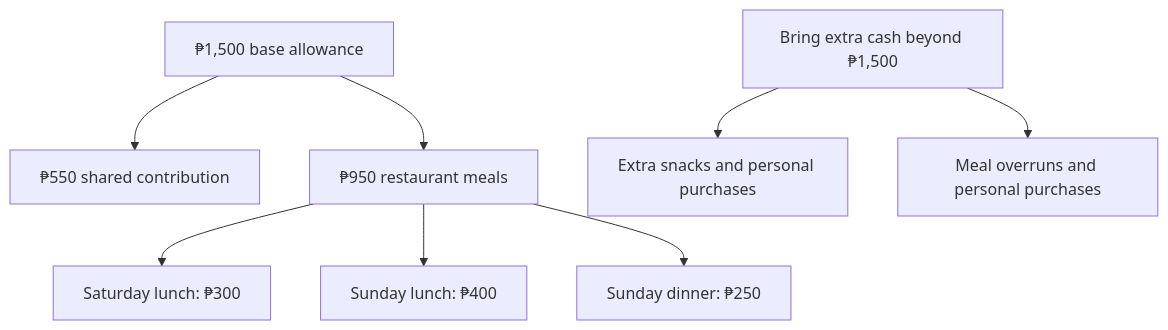
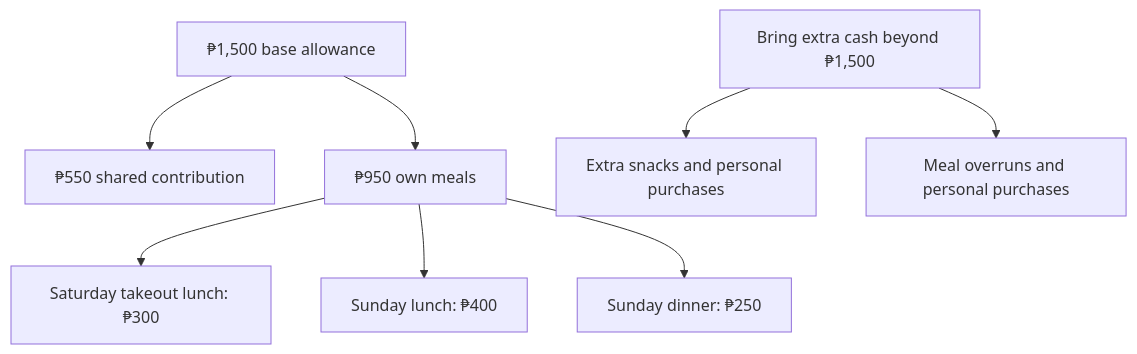
Before and after one commit to itsmcliam/Birthday-Plan: the diagram in assets/budget.mmd, drawn with Mermaid. The commit also changed 5 other files, not shown here.

Commit message:
Use tentative Soliven meetup, Saturday beach takeout and pending post-ATV rest stop

```diff
--- a/assets/budget.mmd
+++ b/assets/budget.mmd
@@ -1,8 +1,8 @@
 flowchart TD
     A["₱1,500 base allowance"] --> B["₱550 shared contribution"]
-    A --> C["₱950 restaurant meals"]
-    C --> D["Saturday lunch: ₱300"]
+    A --> C["₱950 own meals"]
+    C --> D["Saturday takeout lunch: ₱300"]
     C --> E["Sunday lunch: ₱400"]
     C --> F["Sunday dinner: ₱250"]
     G["Bring extra cash beyond ₱1,500"] --> H["Extra snacks and personal purchases"]
     G --> I["Meal overruns and personal purchases"]
```
